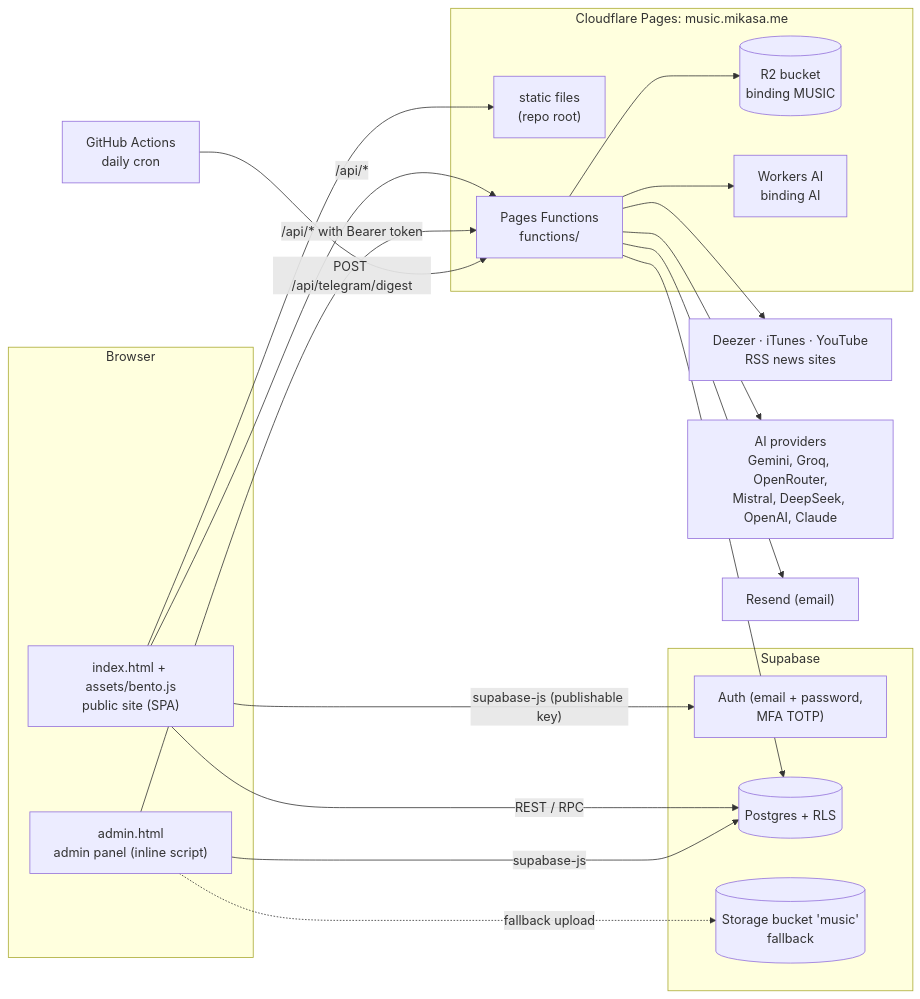
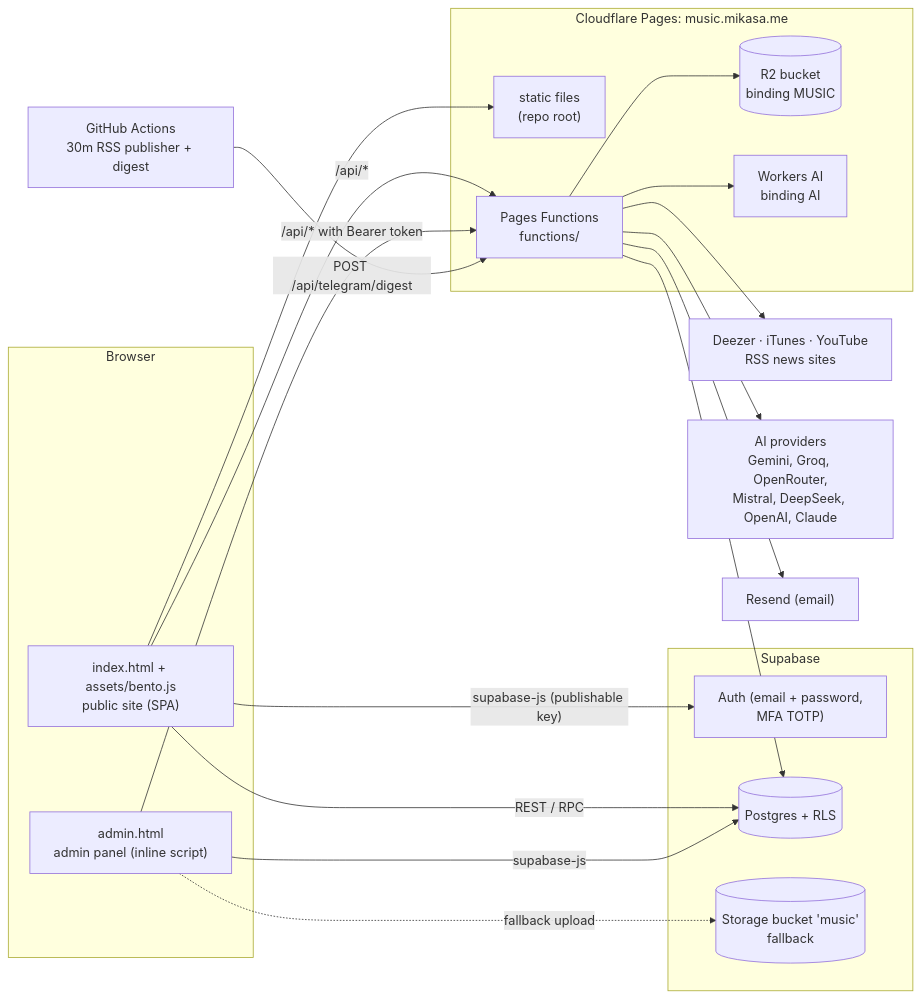
Before and after one commit to mh2s94/underground-music: the first of 2 diagrams in docs/ARCHITECTURE.md, drawn with Mermaid. The commit also changed other lines of this file and 10 other files, not shown here.

First line of the commit message:
Add guarded RSS news auto-publisher (#59)

````diff
--- a/docs/ARCHITECTURE.md
+++ b/docs/ARCHITECTURE.md
@@ -17,37 +17,37 @@
 ```mermaid
 flowchart LR
   subgraph Browser
     SITE["index.html + assets/bento.js<br/>public site (SPA)"]
     ADMIN["admin.html<br/>admin panel (inline script)"]
   end
   subgraph Cloudflare["Cloudflare Pages: music.mikasa.me"]
     STATIC["static files<br/>(repo root)"]
     FN["Pages Functions<br/>functions/"]
     R2[("R2 bucket<br/>binding MUSIC")]
     WAI["Workers AI<br/>binding AI"]
   end
   subgraph Supabase
     AUTH["Auth (email + password,<br/>MFA TOTP)"]
     DB[("Postgres + RLS")]
     ST[("Storage bucket 'music'<br/>fallback")]
   end
   EXT["Deezer · iTunes · YouTube<br/>RSS news sites"]
   AIP["AI providers<br/>Gemini, Groq, OpenRouter,<br/>Mistral, DeepSeek, OpenAI, Claude"]
   RESEND["Resend (email)"]
-  GH["GitHub Actions<br/>daily cron"]
+  GH["GitHub Actions<br/>30m RSS publisher + digest"]
 
   SITE -- "supabase-js (publishable key)" --> AUTH
   SITE -- "REST / RPC" --> DB
   ADMIN -- "supabase-js" --> DB
   SITE --> STATIC
   SITE -- "/api/*" --> FN
   ADMIN -- "/api/* with Bearer token" --> FN
   FN --> DB
   FN --> R2
   FN --> WAI
   FN --> AIP
   FN --> EXT
   FN --> RESEND
   GH -- "POST /api/telegram/digest" --> FN
   ADMIN -. "fallback upload" .-> ST
 ```
````
